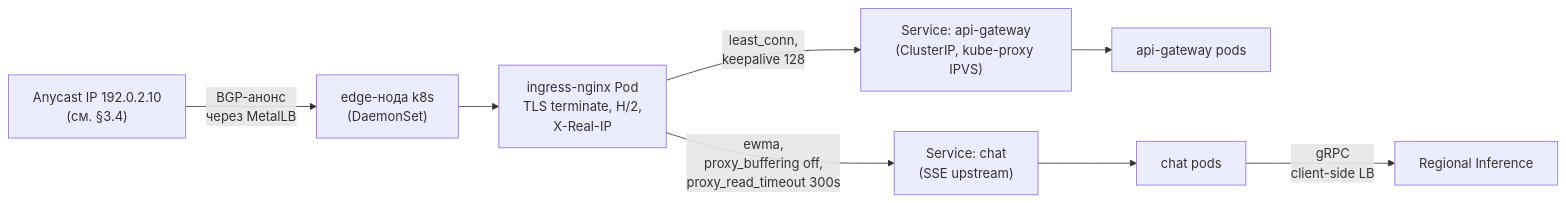
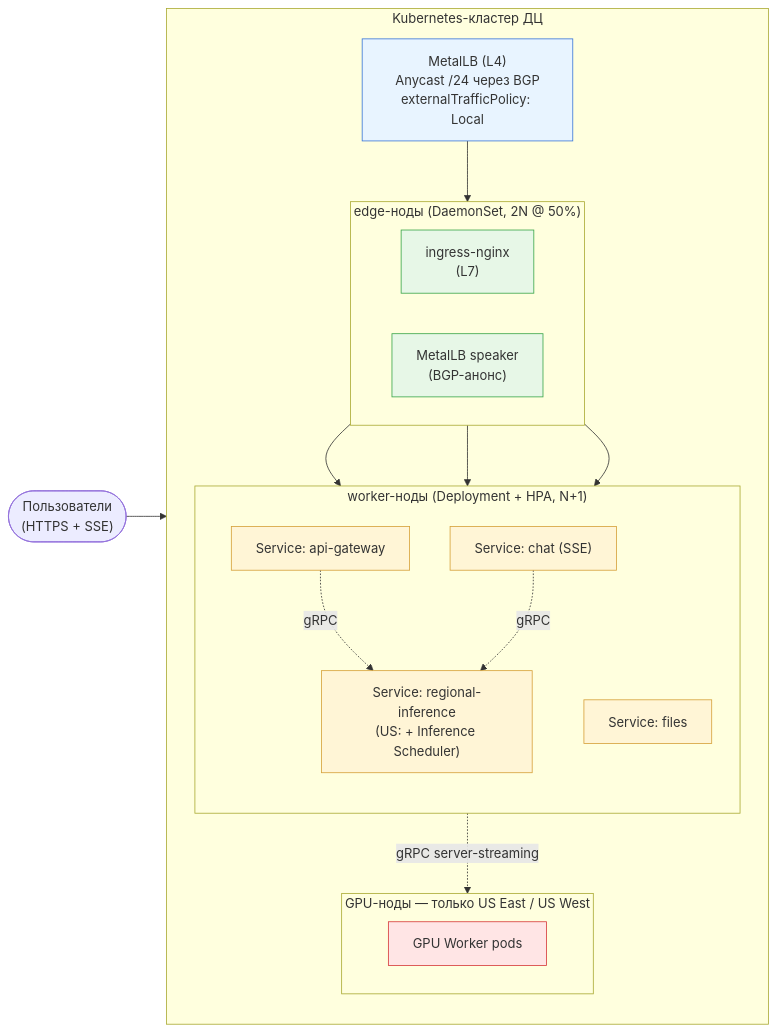
The second of 7 diagrams in README.md (yaksase/highload_hse), drawn with Mermaid before and after one commit. The commit also changed other lines of this file and 2 other files, not shown here.

````diff
--- a/README.md
+++ b/README.md
@@ -463,13 +412,47 @@
 ```mermaid
 flowchart LR
-    Net["Anycast IP 192.0.2.10<br/>(см. §3.4)"]
-    Net -->|"BGP-анонс<br/>через MetalLB"| K8sNode["edge-нода k8s<br/>(DaemonSet)"]
-    K8sNode --> Ingress["ingress-nginx Pod<br/>TLS terminate, H/2,<br/>X-Real-IP"]
+    Users(["Пользователи<br/>(HTTPS + SSE)"])
+    Users --> L4["MetalLB (L4)<br/>Anycast /24 через BGP<br/>externalTrafficPolicy: Local"]
 
-    Ingress -->|"least_conn,<br/>keepalive 128"| ApiSvc["Service: api-gateway<br/>(ClusterIP, kube-proxy IPVS)"]
-    Ingress -->|"ewma,<br/>proxy_buffering off,<br/>proxy_read_timeout 300s"| ChatSvc["Service: chat<br/>(SSE upstream)"]
+    subgraph K8s["Kubernetes-кластер ДЦ"]
+      direction TB
 
-    ApiSvc --> ApiPods["api-gateway pods"]
-    ChatSvc --> ChatPods["chat pods"]
-    ChatPods -->|"gRPC<br/>client-side LB"| RI["Regional Inference"]
+      subgraph Edge["edge-ноды (DaemonSet, 2N @ 50%)"]
+        direction LR
+        Ing["ingress-nginx<br/>(L7)"]
+        Spk["MetalLB speaker<br/>(BGP-анонс)"]
+      end
+
+      subgraph Work["worker-ноды (Deployment + HPA, N+1)"]
+        direction TB
+        SvcA["Service: api-gateway"]
+        SvcC["Service: chat (SSE)"]
+        SvcF["Service: files"]
+        SvcR["Service: regional-inference<br/>(US: + Inference Scheduler)"]
+      end
+
+      subgraph Gpu["GPU-ноды — только US East / US West"]
+        direction LR
+        Gw["GPU Worker pods"]
+      end
+
+      L4 --> Ing
+      Ing --> SvcA
+      Ing --> SvcC
+      Ing --> SvcF
+      SvcA -.->|"gRPC"| SvcR
+      SvcC -.->|"gRPC"| SvcR
+      SvcR -.->|"gRPC server-streaming"| Gw
+    end
+
+    classDef cp fill:#f5e8ff,stroke:#7a3ad6;
+    classDef l4 fill:#e8f4ff,stroke:#3a76d6;
+    classDef edge fill:#e7f7e7,stroke:#3aa64a;
+    classDef worker fill:#fff5d6,stroke:#d6a13a;
+    classDef gpu fill:#ffe5e5,stroke:#d63a3a;
+    class L4 l4;
+    class Ing,Spk edge;
+    class SvcA,SvcC,SvcF,SvcR worker;
+    class Gw gpu;
+    class ApiSrv cp;
 ```
````
